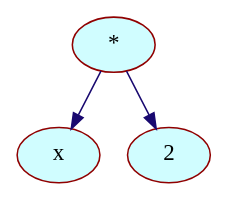
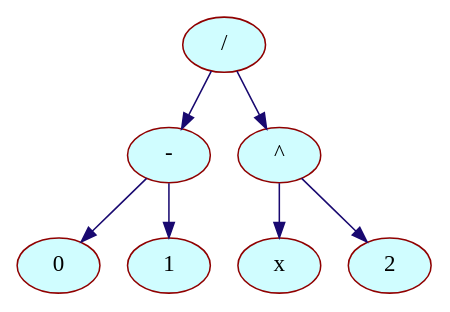
One commit to Agustangel/Differentiator changed the diagram in graphdump.dot. Above: the diagram before and after it, drawn with Graphviz. The commit also changed 4 other files, not shown here.

```diff
--- a/graphdump.dot
+++ b/graphdump.dot
@@ -1,12 +1,24 @@
 digraph {
 	node[shape = "cube", color = "#800000", fontsize = 15, style = "filled", fillcolor = "#88CEFA"];
 	edge[color = "#190970", fontsize = 11];
 
-		"*_0x561669acf700"[shape = "ellipse", label = "*", color="#900000",                                style="filled", fillcolor = "#D0FDFF"];
-		"*_0x561669acf700"->"x_0x561669acf680";
+		"/_0x55dda8a137c0"[shape = "ellipse", label = "/", color="#900000",                                style="filled", fillcolor = "#D0FDFF"];
+		"/_0x55dda8a137c0"->"-_0x55dda8a13780";
 
-		"x_0x561669acf680"[shape = "ellipse", label = "x", color="#900000", style="filled",                            fillcolor = "#D0FDFF"];
-		"*_0x561669acf700"->"2_0x561669acf580";
+		"-_0x55dda8a13780"[shape = "ellipse", label = "-", color="#900000",                                style="filled", fillcolor = "#D0FDFF"];
+		"-_0x55dda8a13780"->"0_0x55dda8a13740";
 
-		"2_0x561669acf580"[shape = "ellipse", label = "2", color="#900000", style="filled",                            fillcolor = "#D0FDFF"];
+		"0_0x55dda8a13740"[shape = "ellipse", label = "0", color="#900000", style="filled",                            fillcolor = "#D0FDFF"];
+		"-_0x55dda8a13780"->"1_0x55dda8a13680";
+
+		"1_0x55dda8a13680"[shape = "ellipse", label = "1", color="#900000", style="filled",                            fillcolor = "#D0FDFF"];
+		"/_0x55dda8a137c0"->"^_0x55dda8a135c0";
+
+		"^_0x55dda8a135c0"[shape = "ellipse", label = "^", color="#900000",                                style="filled", fillcolor = "#D0FDFF"];
+		"^_0x55dda8a135c0"->"x_0x55dda8a13580";
+
+		"x_0x55dda8a13580"[shape = "ellipse", label = "x", color="#900000", style="filled",                            fillcolor = "#D0FDFF"];
+		"^_0x55dda8a135c0"->"2_0x55dda8a13540";
+
+		"2_0x55dda8a13540"[shape = "ellipse", label = "2", color="#900000", style="filled",                            fillcolor = "#D0FDFF"];
 }
```
